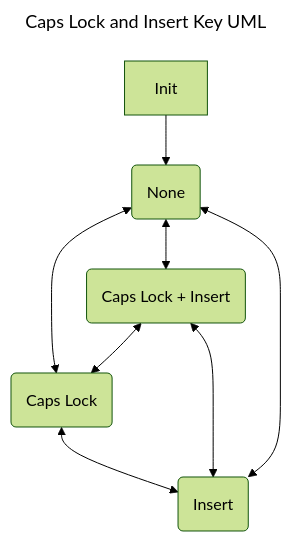
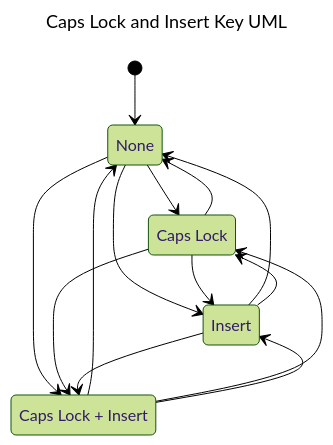
The third of 5 diagrams in Programming Pattern/Behavioral Pattern/State.md (tongmon/fundamental-practice), drawn with Mermaid (forest theme) before and after one commit. The commit also changed other lines of this file and 1 other file, not shown here.

````diff
--- a/Programming Pattern/Behavioral Pattern/State.md
+++ b/Programming Pattern/Behavioral Pattern/State.md
@@ -1005,15 +1004,24 @@
 ```mermaid
 ---
 title : Caps Lock and Insert Key UML
 ---
 
-flowchart TD
-
-    Init[Init] --> None(None)
-    None <--> CapsLock(Caps Lock)
-    CapsLock <--> Insert(Insert)
-    Insert <--> None
-    None <--> CapsLockInsert(Caps Lock + Insert)
-    CapsLockInsert <--> Insert
-    CapsLockInsert <--> CapsLock
+stateDiagram-v2
+    None: None
+    CapsLock: Caps Lock
+    Insert: Insert   
+    Insert_Caps: Caps Lock + Insert
+    [*] --> None
+    None --> CapsLock
+    None --> Insert
+    None --> Insert_Caps
+    CapsLock --> None
+    CapsLock --> Insert
+    CapsLock --> Insert_Caps
+    Insert --> None
+    Insert --> CapsLock
+    Insert --> Insert_Caps
+    Insert_Caps --> None
+    Insert_Caps --> CapsLock
+    Insert_Caps --> Insert
 ```
````
